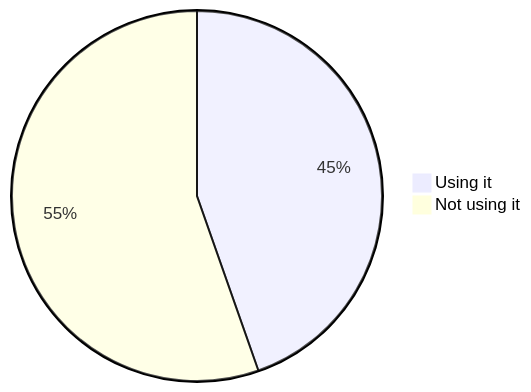
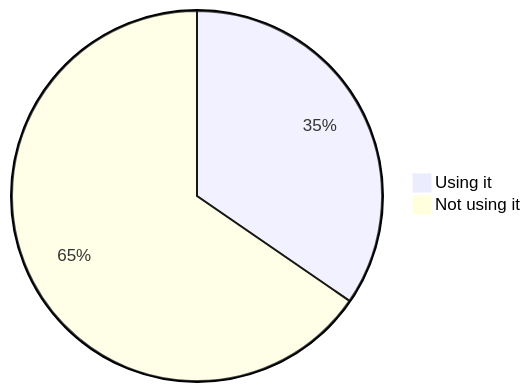
The second of 22 diagrams in stats.md (oshp/oshp-stats), drawn with Mermaid before and after one commit. The commit also changed other lines of this file, not shown here.

````diff
--- a/stats.md
+++ b/stats.md
@@ -22,6 +22,6 @@
 ```mermaid
 pie
-	"Using it" : 44.62
-	"Not using it" : 55.38
+	"Using it" : 34.59
+	"Not using it" : 65.41
 
 ```
````
